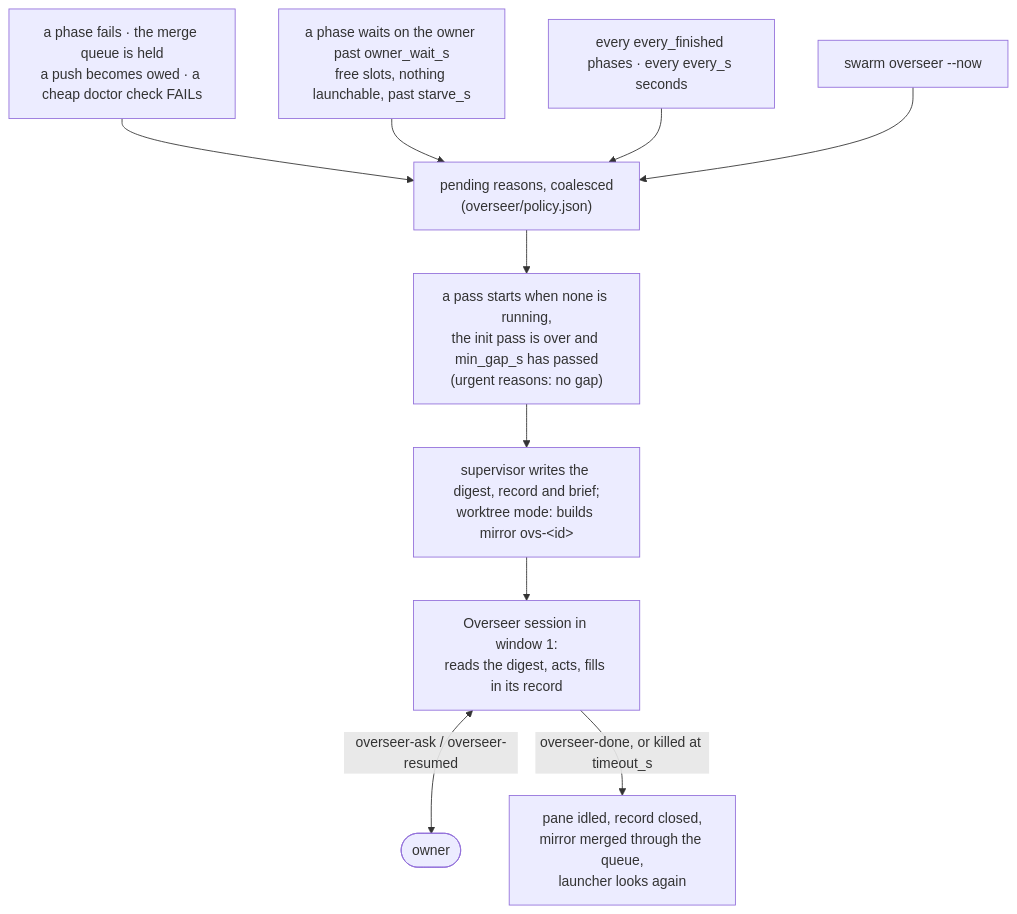
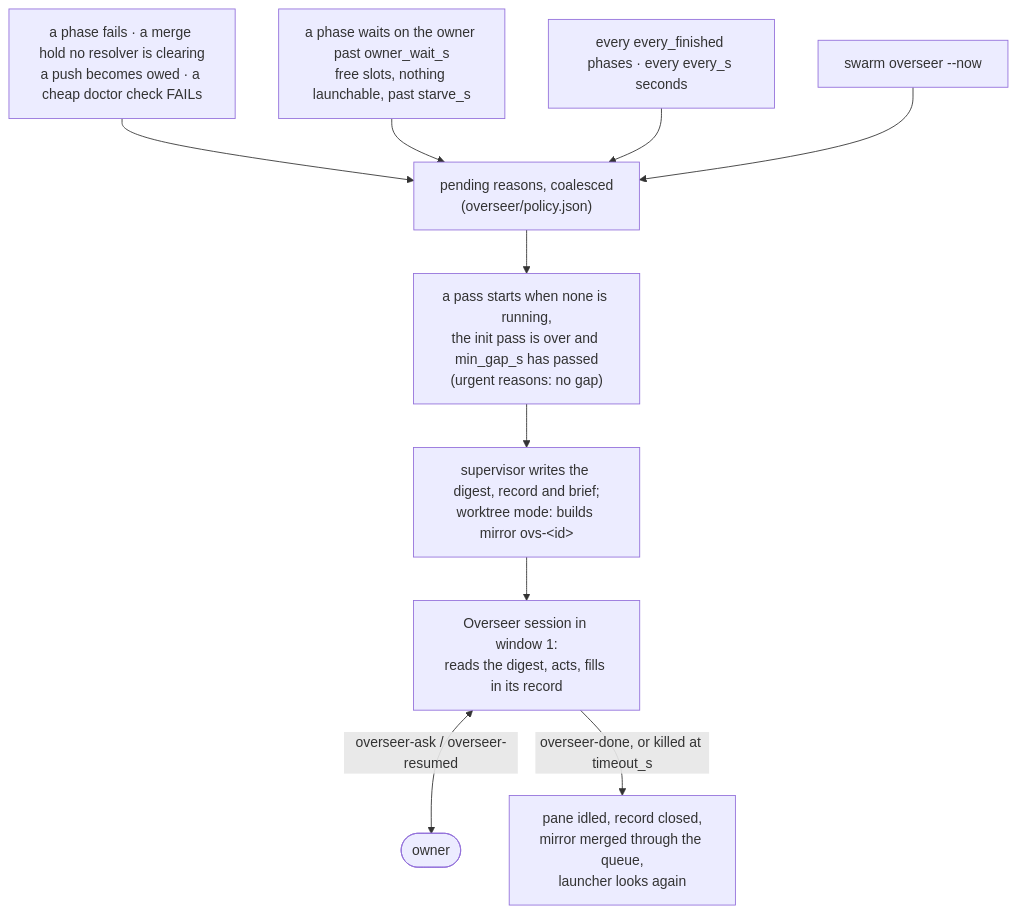
Before and after one commit to sezaiarda/swarm-orchestrator: the second of 5 diagrams in README.md, drawn with Mermaid. The commit also changed 11 other files, not shown here.

First line of the commit message:
overseer: leave a merge hold to its resolver until it gives up or stalls

````diff
--- a/README.md
+++ b/README.md
@@ -222,12 +222,12 @@
 ```mermaid
 flowchart TD
-  ev1["a phase fails · the merge queue is held<br/>a push becomes owed · a cheap doctor check FAILs"] --> pend
+  ev1["a phase fails · a merge hold no resolver is clearing<br/>a push becomes owed · a cheap doctor check FAILs"] --> pend
   ev2["a phase waits on the owner past owner_wait_s<br/>free slots, nothing launchable, past starve_s"] --> pend
   ct["every every_finished phases · every every_s seconds"] --> pend
   mn["swarm overseer --now"] --> pend
   pend["pending reasons, coalesced<br/>(overseer/policy.json)"] --> due["a pass starts when none is running,<br/>the init pass is over and min_gap_s has passed<br/>(urgent reasons: no gap)"]
   due --> prep["supervisor writes the digest, record and brief;<br/>worktree mode: builds mirror ovs-&lt;id&gt;"]
   prep --> pass["Overseer session in window 1:<br/>reads the digest, acts, fills in its record"]
   pass <-- "overseer-ask / overseer-resumed" --> own(["owner"])
   pass -- "overseer-done, or killed at timeout_s" --> fin["pane idled, record closed,<br/>mirror merged through the queue,<br/>launcher looks again"]
 ```
````
